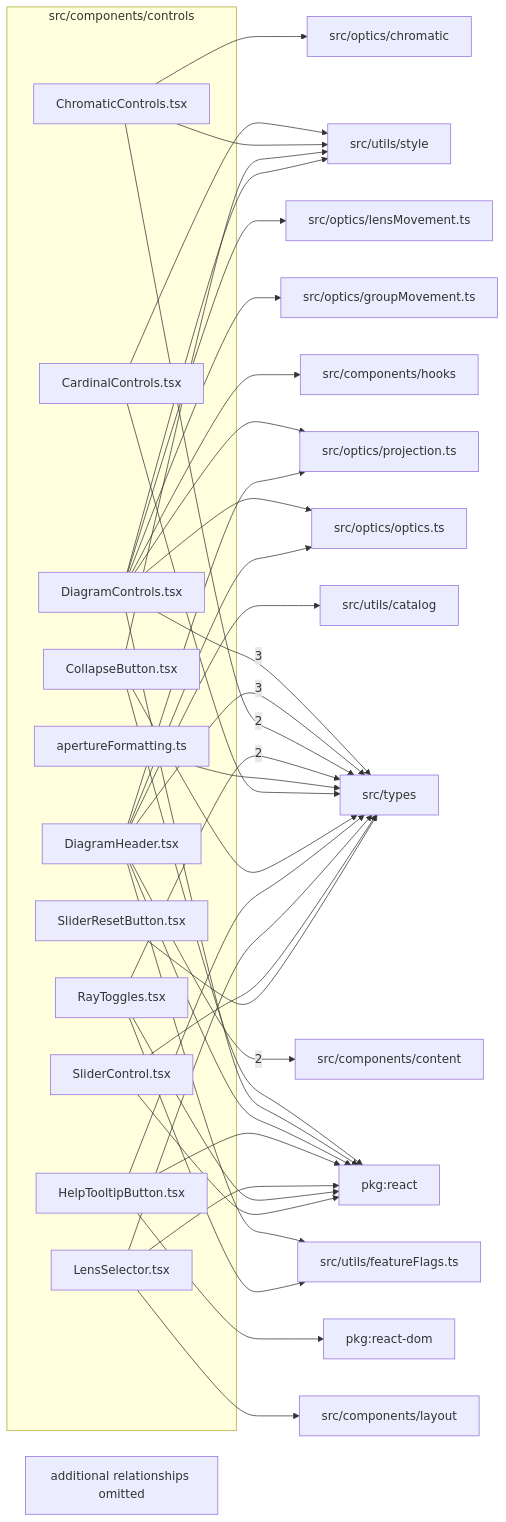
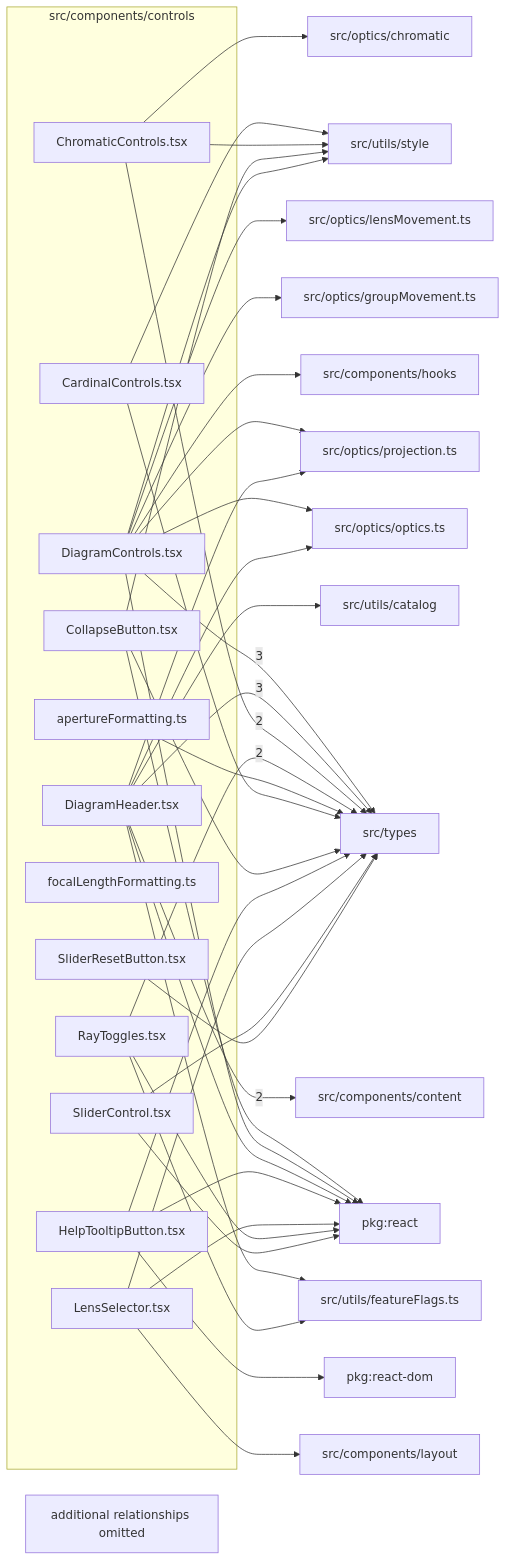
One commit to ronbuening/LensVisualizer changed the diagram in src/components/controls/readme.md. Above: the diagram before and after it, drawn with Mermaid. The commit also changed other lines of this file and 10 other files, not shown here.

````diff
--- a/src/components/controls/readme.md
+++ b/src/components/controls/readme.md
@@ -9,67 +9,68 @@
 ```mermaid
 flowchart LR
   subgraph n_src_components_controls["src/components/controls"]
     n_src_components_controls_src_components_controls_apertureFormatting_ts["apertureFormatting.ts"]
     n_src_components_controls_src_components_controls_CardinalControls_tsx["CardinalControls.tsx"]
     n_src_components_controls_src_components_controls_ChromaticControls_tsx["ChromaticControls.tsx"]
     n_src_components_controls_src_components_controls_CollapseButton_tsx["CollapseButton.tsx"]
     n_src_components_controls_src_components_controls_DiagramControls_tsx["DiagramControls.tsx"]
     n_src_components_controls_src_components_controls_DiagramHeader_tsx["DiagramHeader.tsx"]
+    n_src_components_controls_src_components_controls_focalLengthFormatting_ts["focalLengthFormatting.ts"]
     n_src_components_controls_src_components_controls_HelpTooltipButton_tsx["HelpTooltipButton.tsx"]
     n_src_components_controls_src_components_controls_LensSelector_tsx["LensSelector.tsx"]
     n_src_components_controls_src_components_controls_RayToggles_tsx["RayToggles.tsx"]
     n_src_components_controls_src_components_controls_SliderControl_tsx["SliderControl.tsx"]
     n_src_components_controls_src_components_controls_SliderResetButton_tsx["SliderResetButton.tsx"]
   end
   n_external_src_types["src/types"]
   n_external_src_components_content["src/components/content"]
   n_external_pkg_react["pkg:react"]
   n_external_pkg_react_dom["pkg:react-dom"]
   n_external_src_components_hooks["src/components/hooks"]
   n_external_src_components_layout["src/components/layout"]
   n_external_src_optics_chromatic["src/optics/chromatic"]
   n_external_src_optics_groupMovement_ts["src/optics/groupMovement.ts"]
   n_external_src_optics_lensMovement_ts["src/optics/lensMovement.ts"]
   n_external_src_optics_optics_ts["src/optics/optics.ts"]
   n_external_src_optics_projection_ts["src/optics/projection.ts"]
   n_external_src_utils_catalog["src/utils/catalog"]
   n_external_src_utils_featureFlags_ts["src/utils/featureFlags.ts"]
   n_external_src_utils_style["src/utils/style"]
   n_src_components_controls_src_components_controls_DiagramControls_tsx --> |3| n_external_src_types
   n_src_components_controls_src_components_controls_DiagramHeader_tsx --> |3| n_external_src_types
   n_src_components_controls_src_components_controls_DiagramHeader_tsx --> |2| n_external_src_components_content
   n_src_components_controls_src_components_controls_ChromaticControls_tsx --> |2| n_external_src_types
   n_src_components_controls_src_components_controls_RayToggles_tsx --> |2| n_external_src_types
   n_src_components_controls_src_components_controls_CollapseButton_tsx --> n_external_pkg_react
   n_src_components_controls_src_components_controls_DiagramControls_tsx --> n_external_pkg_react
   n_src_components_controls_src_components_controls_DiagramHeader_tsx --> n_external_pkg_react
   n_src_components_controls_src_components_controls_HelpTooltipButton_tsx --> n_external_pkg_react
   n_src_components_controls_src_components_controls_LensSelector_tsx --> n_external_pkg_react
   n_src_components_controls_src_components_controls_RayToggles_tsx --> n_external_pkg_react
   n_src_components_controls_src_components_controls_SliderControl_tsx --> n_external_pkg_react
   n_src_components_controls_src_components_controls_HelpTooltipButton_tsx --> n_external_pkg_react_dom
   n_src_components_controls_src_components_controls_DiagramControls_tsx --> n_external_src_components_hooks
   n_src_components_controls_src_components_controls_LensSelector_tsx --> n_external_src_components_layout
   n_src_components_controls_src_components_controls_ChromaticControls_tsx --> n_external_src_optics_chromatic
   n_src_components_controls_src_components_controls_DiagramControls_tsx --> n_external_src_optics_groupMovement_ts
   n_src_components_controls_src_components_controls_DiagramControls_tsx --> n_external_src_optics_lensMovement_ts
   n_src_components_controls_src_components_controls_DiagramControls_tsx --> n_external_src_optics_optics_ts
   n_src_components_controls_src_components_controls_DiagramHeader_tsx --> n_external_src_optics_optics_ts
   n_src_components_controls_src_components_controls_DiagramControls_tsx --> n_external_src_optics_projection_ts
   n_src_components_controls_src_components_controls_DiagramHeader_tsx --> n_external_src_optics_projection_ts
   n_src_components_controls_src_components_controls_apertureFormatting_ts --> n_external_src_types
   n_src_components_controls_src_components_controls_CardinalControls_tsx --> n_external_src_types
   n_src_components_controls_src_components_controls_CollapseButton_tsx --> n_external_src_types
   n_src_components_controls_src_components_controls_HelpTooltipButton_tsx --> n_external_src_types
   n_src_components_controls_src_components_controls_LensSelector_tsx --> n_external_src_types
   n_src_components_controls_src_components_controls_SliderControl_tsx --> n_external_src_types
   n_src_components_controls_src_components_controls_SliderResetButton_tsx --> n_external_src_types
   n_src_components_controls_src_components_controls_DiagramHeader_tsx --> n_external_src_utils_catalog
   n_src_components_controls_src_components_controls_DiagramHeader_tsx --> n_external_src_utils_featureFlags_ts
   n_src_components_controls_src_components_controls_RayToggles_tsx --> n_external_src_utils_featureFlags_ts
   n_src_components_controls_src_components_controls_CardinalControls_tsx --> n_external_src_utils_style
   n_src_components_controls_src_components_controls_ChromaticControls_tsx --> n_external_src_utils_style
   n_src_components_controls_src_components_controls_CollapseButton_tsx --> n_external_src_utils_style
   n_src_components_controls_src_components_controls_DiagramControls_tsx --> n_external_src_utils_style
   n_src_components_controls_truncated["additional relationships omitted"]
 ```
````
